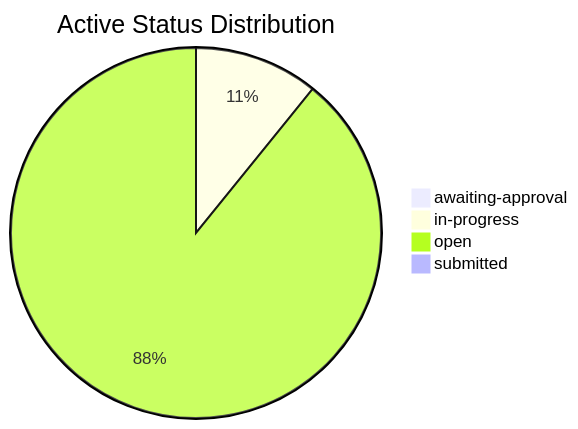
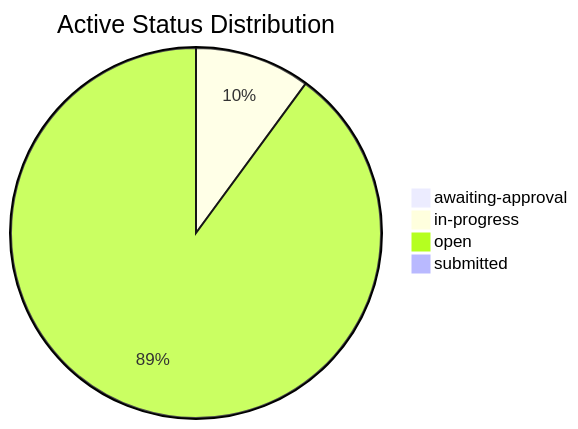
One commit to mgosal/5et.uk changed the second of 3 diagrams in dashboard.md. Above: the diagram before and after it, drawn with Mermaid. The commit also changed other lines of this file and 3 other files, not shown here.

````diff
--- a/dashboard.md
+++ b/dashboard.md
@@ -227,7 +221,7 @@
 ```mermaid
 pie title Active Status Distribution
     "awaiting-approval" : 1
     "in-progress" : 13
-    "open" : 107
+    "open" : 116
     "submitted" : 1
 ```
````
